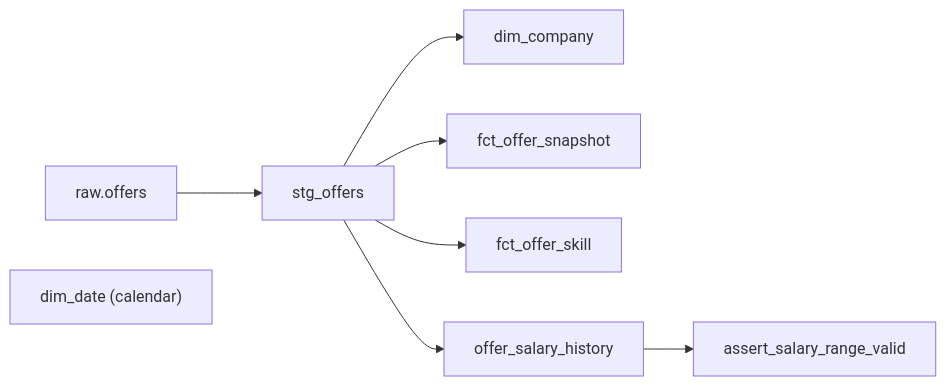
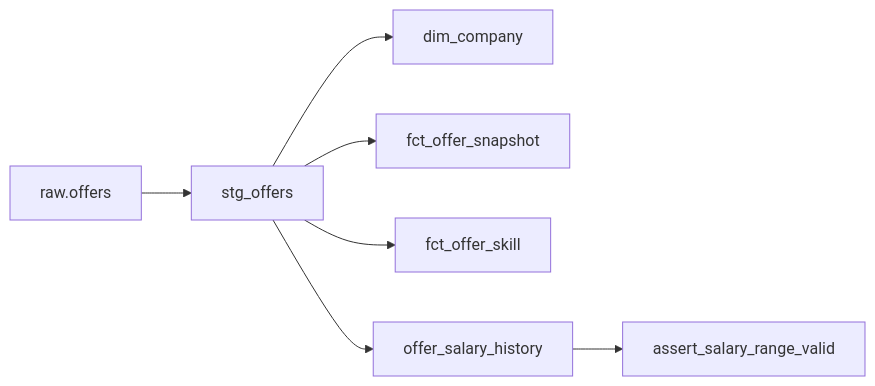
Before and after one commit to marek-sleszynski/poznan-it-market: the diagram in docs/data-model.md, drawn with Mermaid. The commit also changed other lines of this file and 3 other files, not shown here.

Commit message:
chore: remove unused dim_date model

````diff
--- a/docs/data-model.md
+++ b/docs/data-model.md
@@ -56,10 +55,9 @@
 ```mermaid
 flowchart LR
     raw["raw.offers"] --> staging["stg_offers"]
     staging --> companies["dim_company"]
     staging --> facts["fct_offer_snapshot"]
     staging --> skills["fct_offer_skill"]
     staging --> salaries["offer_salary_history"]
     salaries --> salary_test["assert_salary_range_valid"]
-    dates["dim_date (calendar)"]
 ```
````
